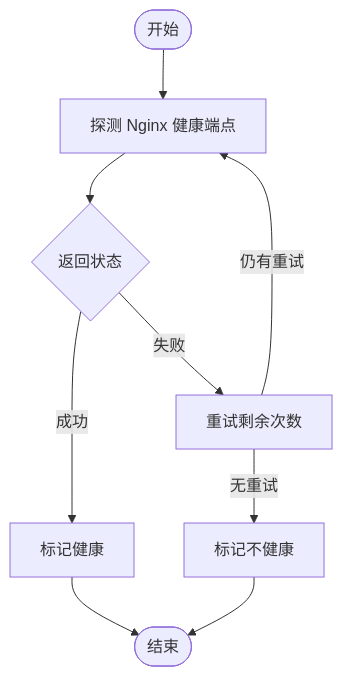
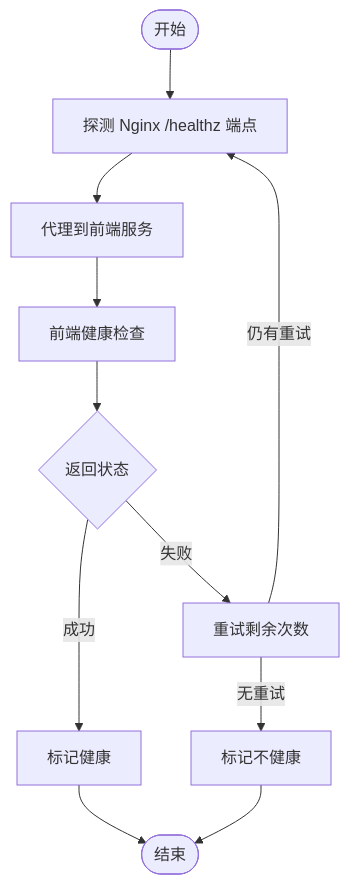
One commit to Will0253/zczk changed the sixth of 8 diagrams in .qoder/repowiki/zh/content/部署和运维/监控运维/健康检查机制.md. Above: the diagram before and after it, drawn with Mermaid. The commit also changed other lines of this file and 13 other files, not shown here.

````diff
--- a/.qoder/repowiki/zh/content/部署和运维/监控运维/健康检查机制.md
+++ b/.qoder/repowiki/zh/content/部署和运维/监控运维/健康检查机制.md
@@ -203,11 +252,13 @@
 ```mermaid
 flowchart TD
-Start(["开始"]) --> Check["探测 Nginx 健康端点"]
-Check --> Resp{"返回状态"}
+Start(["开始"]) --> Check["探测 Nginx /healthz 端点"]
+Check --> Proxy["代理到前端服务"]
+Proxy --> FE["前端健康检查"]
+FE --> Resp{"返回状态"}
 Resp --> |成功| OK["标记健康"]
 Resp --> |失败| Retry["重试剩余次数"]
 Retry --> |仍有重试| Check
 Retry --> |无重试| Fail["标记不健康"]
 OK --> End(["结束"])
 Fail --> End
 ```
````
